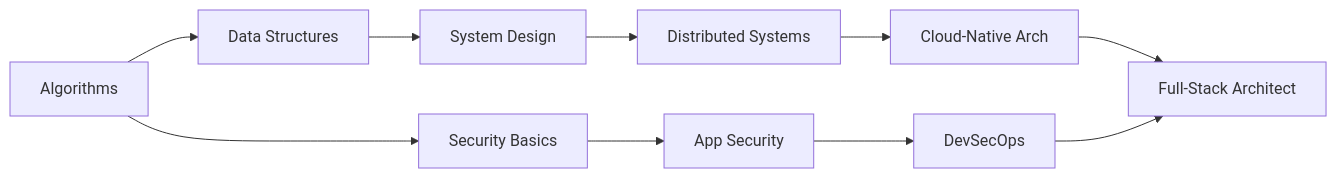
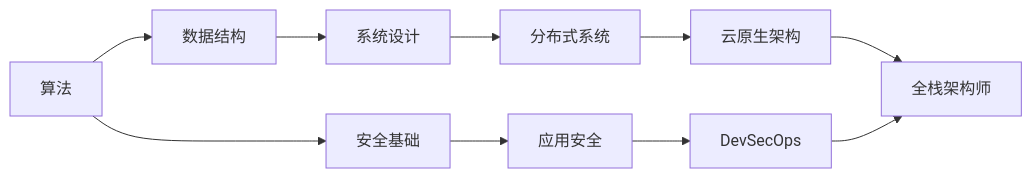
The diagram in README.md (yuanshikai168/yuanshikai168), drawn with Mermaid before and after one commit. The commit also changed other lines of this file, not shown here.

Commit message:
feat: 全站简体中文 + 修复失效图片链接

````diff
--- a/README.md
+++ b/README.md
@@ -391,12 +391,12 @@
 ```mermaid
 graph LR
-    A["Algorithms"] --> B["Data Structures"]
-    B --> C["System Design"]
-    C --> D["Distributed Systems"]
-    D --> E["Cloud-Native Arch"]
-    A --> F["Security Basics"]
-    F --> G["App Security"]
+    A["算法"] --> B["数据结构"]
+    B --> C["系统设计"]
+    C --> D["分布式系统"]
+    D --> E["云原生架构"]
+    A --> F["安全基础"]
+    F --> G["应用安全"]
     G --> H["DevSecOps"]
-    E --> I["Full-Stack Architect"]
+    E --> I["全栈架构师"]
     H --> I
 ```
````
